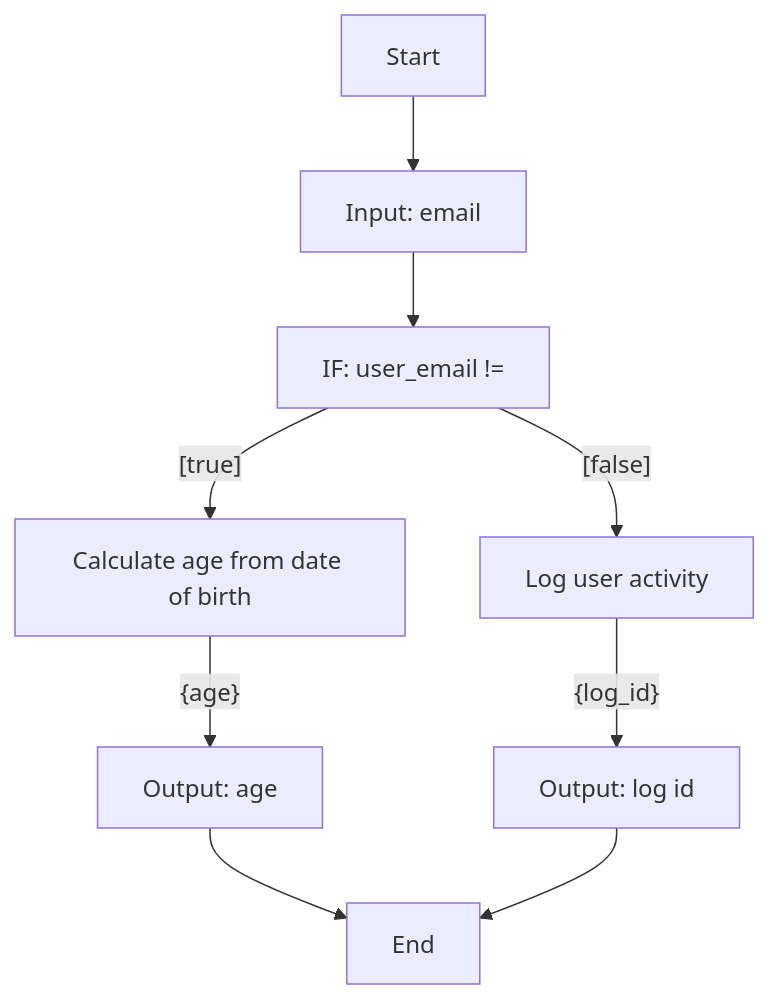
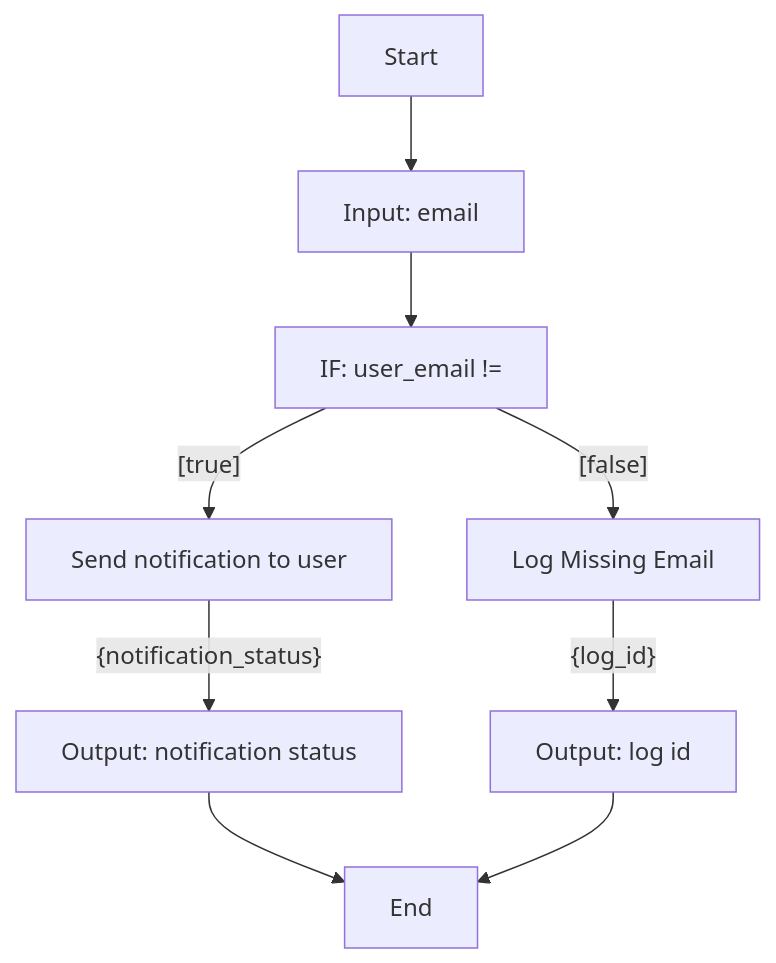
One commit to YJ-928/Temporal-Python-SDK changed the diagram in poc-dsl-compiler/input/workflows/workflow_10.md. Above: the diagram before and after it, drawn with Mermaid. The commit also changed 48 other files, not shown here.

````diff
--- a/poc-dsl-compiler/input/workflows/workflow_10.md
+++ b/poc-dsl-compiler/input/workflows/workflow_10.md
@@ -1,11 +1,11 @@
 ```mermaid
 graph TD
     A[Start] --> B[Input: email]
     B[Input: email] --> C[IF: user_email != ]
-    C[IF: user_email != ] -- [true] --> D[Calculate age from date of birth]
-    C[IF: user_email != ] -- [false] --> F[Log user activity]
-    D[Calculate age from date of birth] -- {age} --> E[Output: age]
-    E[Output: age] --> H[End]
-    F[Log user activity] -- {log_id} --> G[Output: log id]
+    C[IF: user_email != ] -- [true] --> D[Send notification to user]
+    C[IF: user_email != ] -- [false] --> F[Log Missing Email]
+    D[Send notification to user] -- {notification_status} --> E[Output: notification status]
+    E[Output: notification status] --> H[End]
+    F[Log Missing Email] -- {log_id} --> G[Output: log id]
     G[Output: log id] --> H[End]
 ```
````
